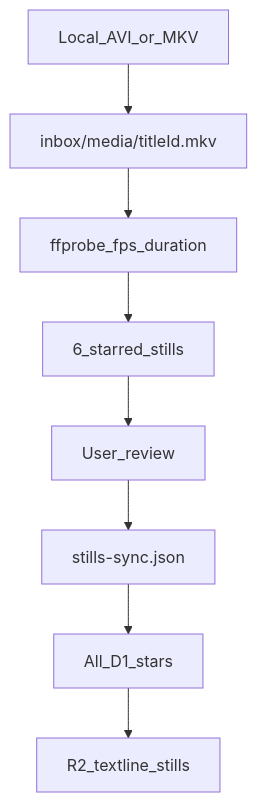
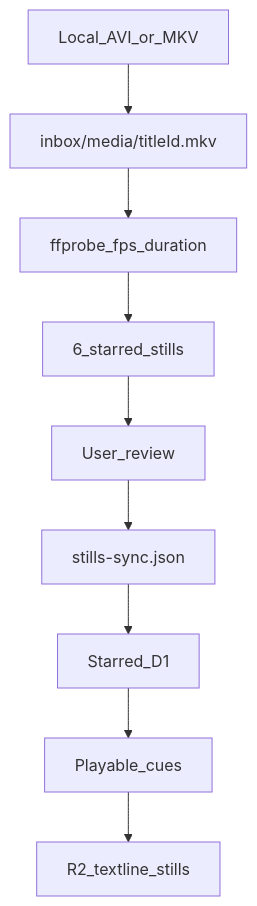
One commit to CLocs/textline-nextline changed the diagram in .cursor/skills/stills-extract/SKILL.md. Above: the diagram before and after it, drawn with Mermaid. The commit also changed other lines of this file and 22 other files, not shown here.

````diff
--- a/.cursor/skills/stills-extract/SKILL.md
+++ b/.cursor/skills/stills-extract/SKILL.md
@@ -77,12 +87,13 @@
 ```mermaid
 flowchart TD
   movie[Local_AVI_or_MKV]
   remux[inbox/media/titleId.mkv]
   probe[ffprobe_fps_duration]
   handful[6_starred_stills]
   eyeball[User_review]
   sync[stills-sync.json]
-  batch[All_D1_stars]
+  batch[Starred_D1]
+  playable[Playable_cues]
   r2[R2_textline_stills]
-  movie --> remux --> probe --> handful --> eyeball --> sync --> batch --> r2
+  movie --> remux --> probe --> handful --> eyeball --> sync --> batch --> playable --> r2
 ```
````
